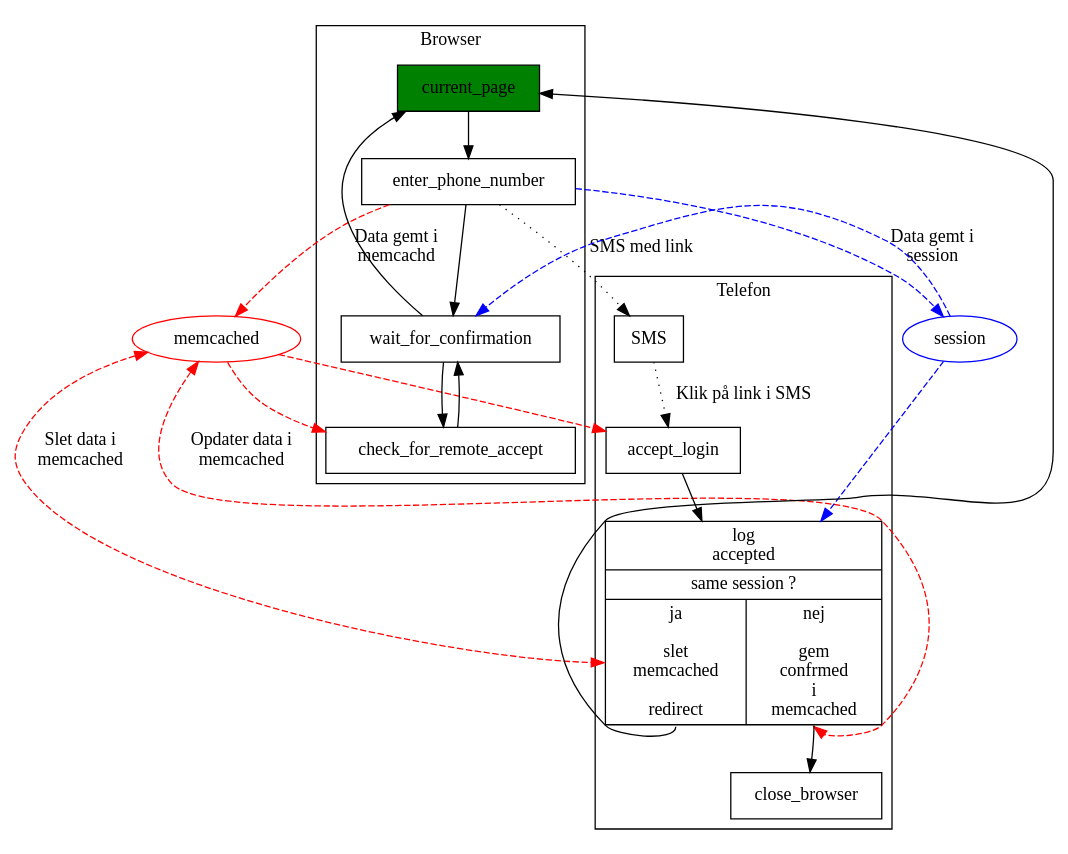
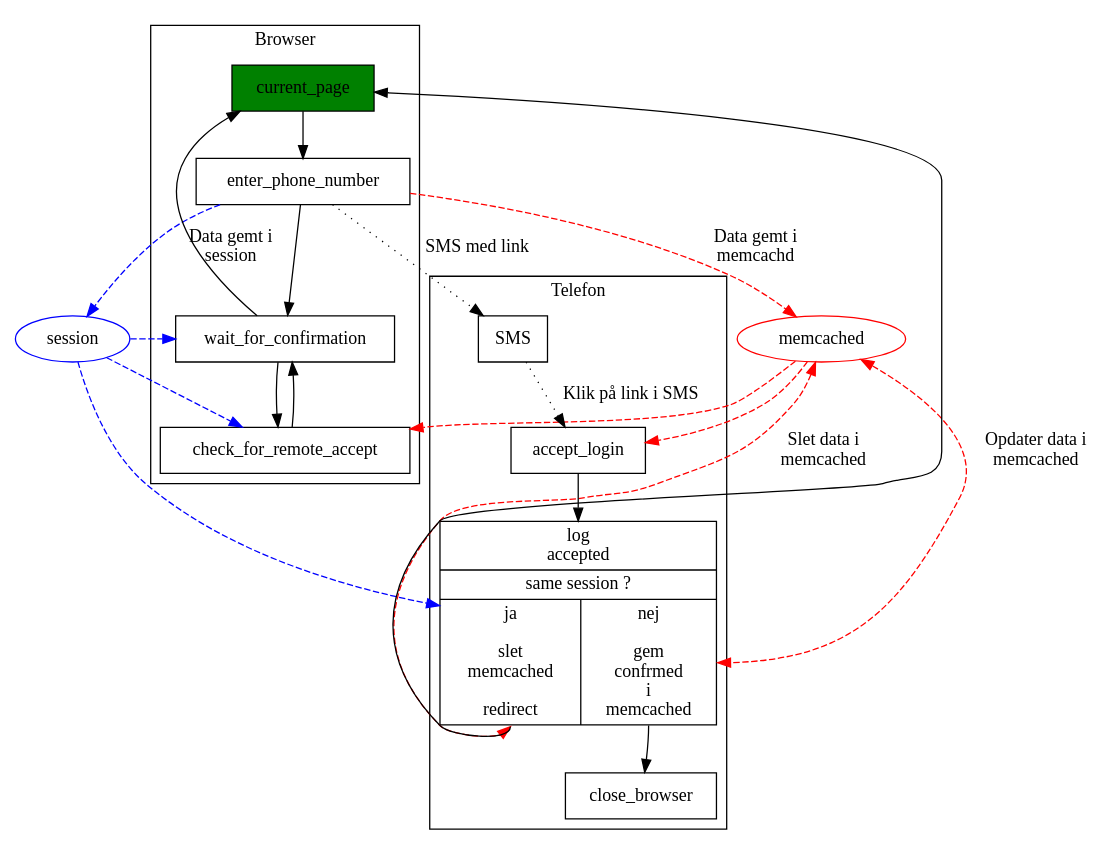
The diagram in projekter/sms-login.dot (alslug/alslug.dk), drawn with Graphviz before and after one commit.

```diff
--- a/projekter/sms-login.dot
+++ b/projekter/sms-login.dot
@@ -1,34 +1,35 @@
 digraph xxx {
   node [ shape=box ];
   {
     edge [ style=dashed color=red ];
     enter_phone_number -> memcached [ label="Data gemt i \nmemcachd"]; /////
                           memcached [ shape=ellipse color=red ];
                           memcached -> check_for_remote_accept;
                           memcached -> accept_login;
                           memcached -> login_accepted:ja [ label = "Slet data i \nmemcached" dir=both ];
                           memcached -> login_accepted:nej [ label = "Opdater data i \nmemcached" dir=both ];
     edge [ style=dashed color=blue ];
         enter_phone_number -> session [ label="Data gemt i \nsession"];    /////
                               session [ shape=ellipse color=blue ];
                               session -> wait_for_confirmation;
+                              session -> check_for_remote_accept;
                               session -> login_accepted;
   }
   subgraph cluster_browser {
     label = "Browser";
     current_page [ style=filled fillcolor=green ];
     current_page -> enter_phone_number -> wait_for_confirmation;
                                           wait_for_confirmation -> check_for_remote_accept;
                                           wait_for_confirmation -> check_for_remote_accept [ dir=back ];
     current_page -> wait_for_confirmation [ dir=back ];
   }
   subgraph cluster_telefon {
     label = "Telefon";
     login_accepted [ shape=record label="{log \n accepted | same session ?|{ <ja> ja \n \n slet \n memcached \n \n redirect | <nej> nej \n \n gem \n confrmed \n i \n memcached}}" ];
     SMS -> accept_login [ style=dotted label="Klik på link i SMS" ];
            accept_login -> login_accepted;
            current_page -> login_accepted:ja [ dir=back ];
                            login_accepted:nej -> close_browser;
   }
   enter_phone_number -> SMS [ style= dotted label="SMS med link"];
 }
```
